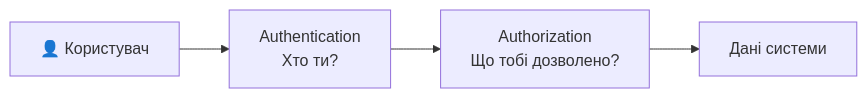
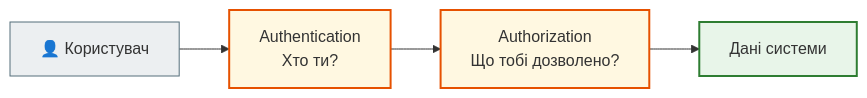
The second of 11 diagrams in docs/07_auth_and_security/security_foundations_full.md (NikoriakViktot/notes_chat_app), drawn with Mermaid before and after one commit. The commit also changed other lines of this file and 441 other files, not shown here.

First line of the commit message:
Add English version of the book, Mermaid standard, docs fixes

````diff
--- a/docs/07_auth_and_security/security_foundations_full.md
+++ b/docs/07_auth_and_security/security_foundations_full.md
@@ -47,19 +54,24 @@
 ```mermaid
 flowchart LR
 
     User["👤 Користувач"]
 
-    Auth["Authentication
-Хто ти?"]
+    Auth["Authentication<br>Хто ти?"]
 
-    Perm["Authorization
-Що тобі дозволено?"]
+    Perm["Authorization<br>Що тобі дозволено?"]
 
     Resource["Дані системи"]
 
     User --> Auth
 
     Auth --> Perm
 
     Perm --> Resource
+
+    classDef step     fill:#eceff1,stroke:#546e7a,stroke-width:1px;
+    classDef success  fill:#e8f5e9,stroke:#2e7d32,stroke-width:2px;
+    classDef warning  fill:#fff8e1,stroke:#e65100,stroke-width:2px;
+    class User step;
+    class Auth,Perm warning;
+    class Resource success;
 ```
````
